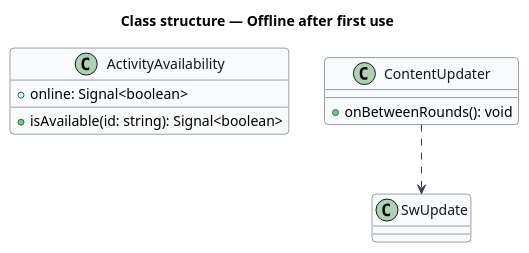
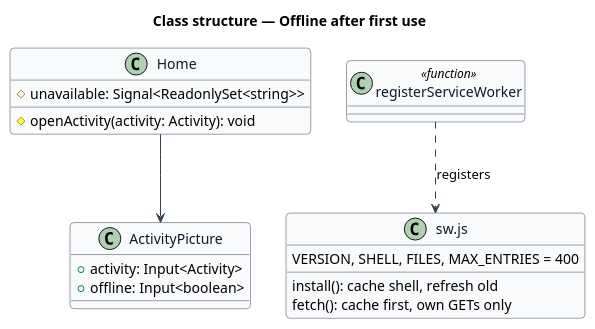
One commit to QuinntyneBrown/pibbo changed the diagram in docs/detailed-designs/performance/offline-after-first-use/diagrams/class.puml. Above: the diagram before and after it, drawn with PlantUML. The commit also changed 16 other files, not shown here.

Commit message:
Offline after first use: the home/offline mock, the design system's offline activity card, ADR 0031 and the design

```diff
--- a/docs/detailed-designs/performance/offline-after-first-use/diagrams/class.puml
+++ b/docs/detailed-designs/performance/offline-after-first-use/diagrams/class.puml
@@ -1,22 +1,30 @@
 @startuml
 skinparam backgroundColor #FFFFFF
 skinparam shadowing false
 skinparam roundcorner 8
 skinparam defaultFontName Arial
 skinparam ArrowColor #344054
 skinparam class {
   BorderColor #344054
   FontColor #101828
   BackgroundColor #F9FAFB
 }
 title Class structure — Offline after first use
 
-class ActivityAvailability {
-  +online: Signal<boolean>
-  +isAvailable(id: string): Signal<boolean>
+class Home {
+  #unavailable: Signal<ReadonlySet<string>>
+  #openActivity(activity: Activity): void
 }
-class ContentUpdater {
-  +onBetweenRounds(): void
+class ActivityPicture {
+  +activity: Input<Activity>
+  +offline: Input<boolean>
 }
-ContentUpdater ..> SwUpdate
+class "sw.js" as Sw {
+  VERSION, SHELL, FILES, MAX_ENTRIES = 400
+  install(): cache shell, refresh old
+  fetch(): cache first, own GETs only
+}
+class registerServiceWorker <<function>>
+Home --> ActivityPicture
+registerServiceWorker ..> Sw : registers
 @enduml
```
